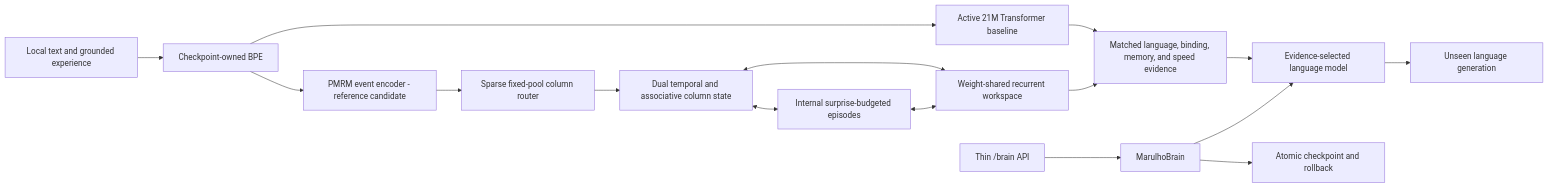
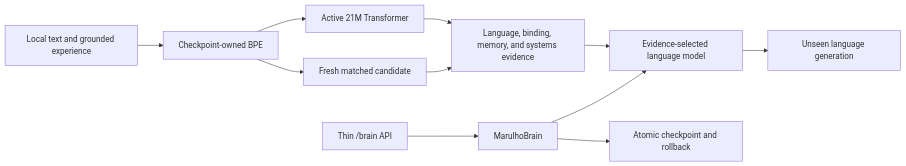
Before and after one commit to Tuafo/MARULHO: the diagram in README.md, drawn with Mermaid. The commit also changed other lines of this file and 8 other files, not shown here.

Commit message:
Retire integrated PMRM language path

````diff
--- a/README.md
+++ b/README.md
@@ -28,18 +28,13 @@
 ```mermaid
 flowchart LR
     Data["Local text and grounded experience"] --> Tok["Checkpoint-owned BPE"]
-    Tok --> Baseline["Active 21M Transformer baseline"]
-    Tok --> Event["PMRM event encoder - reference candidate"]
-    Event --> Router["Sparse fixed-pool column router"]
-    Router --> Dual["Dual temporal and associative column state"]
-    Dual <--> Episode["Internal surprise-budgeted episodes"]
-    Dual <--> Workspace["Weight-shared recurrent workspace"]
-    Episode <--> Workspace
-    Baseline --> Compare["Matched language, binding, memory, and speed evidence"]
-    Workspace --> Compare
+    Tok --> Baseline["Active 21M Transformer"]
+    Tok --> Candidate["Fresh matched candidate"]
+    Baseline --> Compare["Language, binding, memory, and systems evidence"]
+    Candidate --> Compare
     Compare --> Selected["Evidence-selected language model"]
     Selected --> Output["Unseen language generation"]
     Brain["MarulhoBrain"] --> Selected
     Brain --> Checkpoint["Atomic checkpoint and rollback"]
     Service["Thin /brain API"] --> Brain
 ```
````
